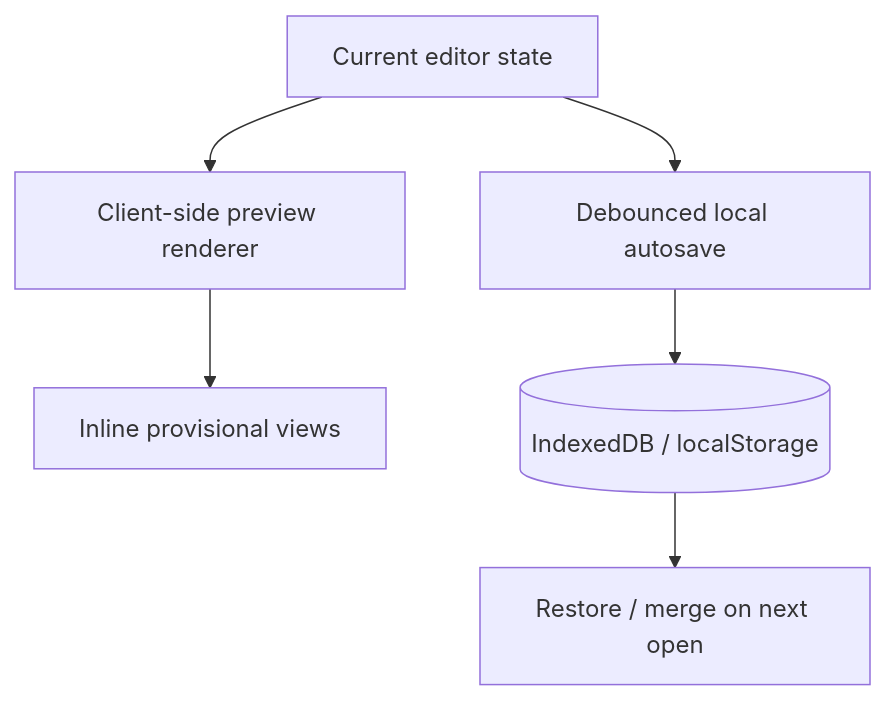
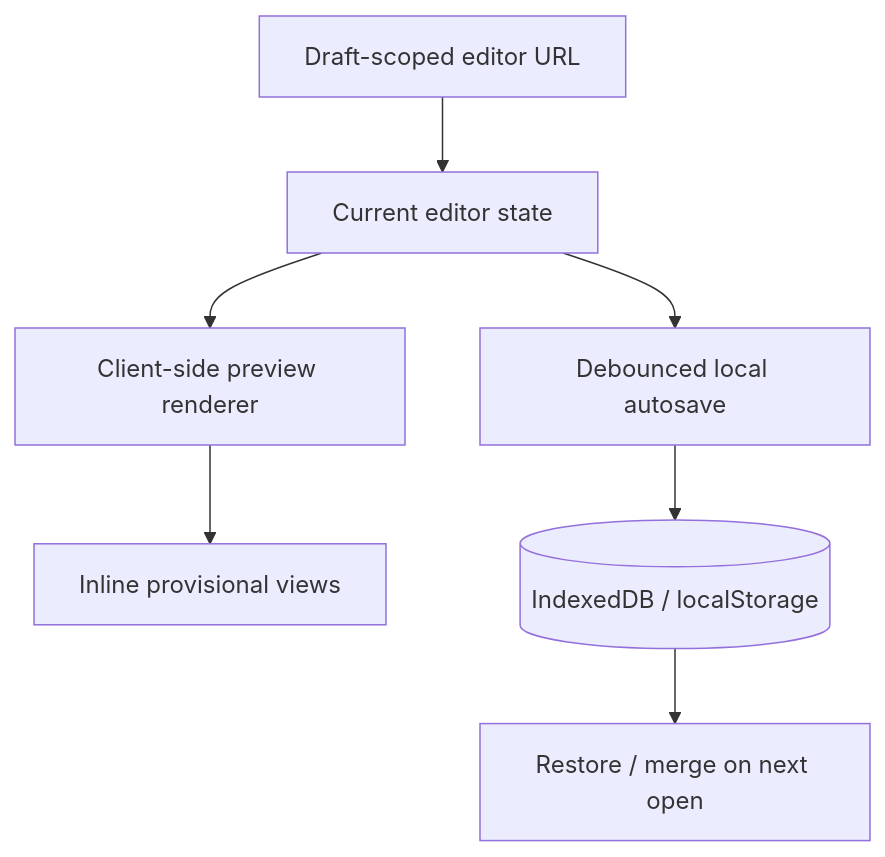
One commit to Natoandro/verso changed the fourth of 4 diagrams in docs/design/editor.md. Above: the diagram before and after it, drawn with Mermaid. The commit also changed other lines of this file and 11 other files, not shown here.

Commit message:
feat(editor): add browser-local draft recovery

````diff
--- a/docs/design/editor.md
+++ b/docs/design/editor.md
@@ -276,8 +295,9 @@
 ```mermaid
 flowchart TB
     draft["Current editor state"] --> preview["Client-side preview renderer"]
     draft --> autosave["Debounced local autosave"]
+    route["Draft-scoped editor URL"] --> draft
     preview --> inline["Inline provisional views"]
     autosave --> storage[("IndexedDB / localStorage")]
     storage --> recovery["Restore / merge on next open"]
 ```
````
